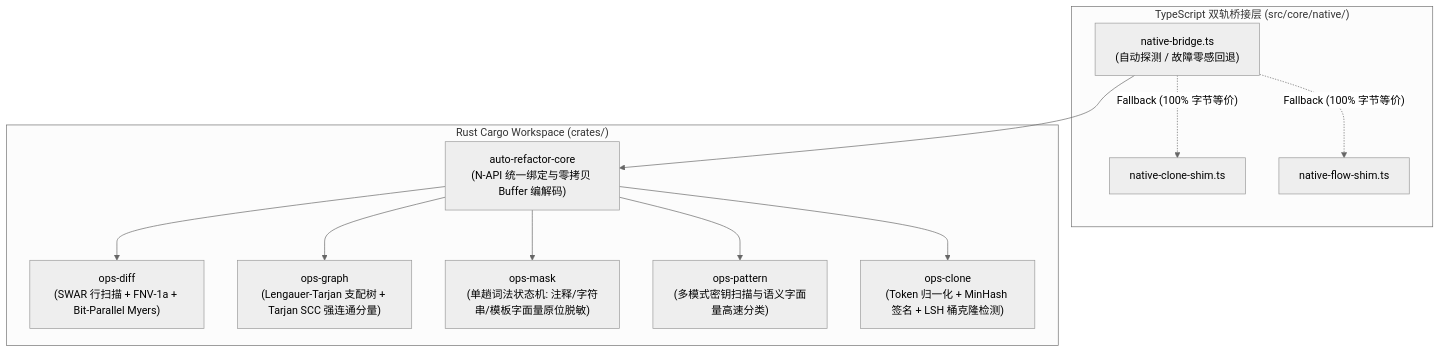
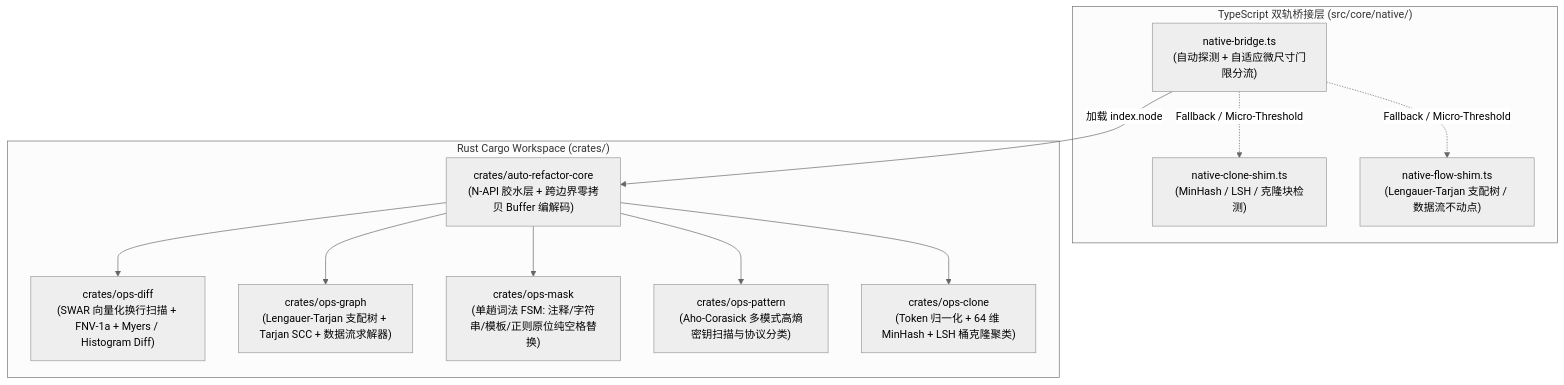
One commit to guilingzhouyi-creator/vscode-extensions changed the first of 3 diagrams in auto-refactor/docs/01-architecture/05-rust-native-operator-kernel.md. Above: the diagram before and after it, drawn with Mermaid (neutral theme). The commit also changed other lines of this file and 28 other files, not shown here.

First line of the commit message:
docs(architecture): 全量对齐系统架构与规则体系技术文档

````diff
--- a/auto-refactor/docs/01-architecture/05-rust-native-operator-kernel.md
+++ b/auto-refactor/docs/01-architecture/05-rust-native-operator-kernel.md
@@ -12,26 +12,26 @@
 ```mermaid
 flowchart TD
-    subgraph TS["TypeScript 双轨桥接层 (src/core/native/)"]
-        BRIDGE["native-bridge.ts<br/>(自动探测 / 故障零感回退)"]
-        CLONE_SHIM["native-clone-shim.ts"]
-        FLOW_SHIM["native-flow-shim.ts"]
-    end
+  subgraph TS["TypeScript 双轨桥接层 (src/core/native/)"]
+    BRIDGE["native-bridge.ts<br/>(自动探测 + 自适应微尺寸门限分流)"]
+    CLONE_SHIM["native-clone-shim.ts<br/>(MinHash / LSH / 克隆块检测)"]
+    FLOW_SHIM["native-flow-shim.ts<br/>(Lengauer-Tarjan 支配树 / 数据流不动点)"]
+  end
 
-    subgraph RUST["Rust Cargo Workspace (crates/)"]
-        CORE["auto-refactor-core<br/>(N-API 统一绑定与零拷贝 Buffer 编解码)"]
-        DIFF["ops-diff<br/>(SWAR 行扫描 + FNV-1a + Bit-Parallel Myers)"]
-        GRAPH["ops-graph<br/>(Lengauer-Tarjan 支配树 + Tarjan SCC 强连通分量)"]
-        MASK["ops-mask<br/>(单趟词法状态机: 注释/字符串/模板字面量原位脱敏)"]
-        PATTERN["ops-pattern<br/>(多模式密钥扫描与语义字面量高速分类)"]
-        CLONE["ops-clone<br/>(Token 归一化 + MinHash 签名 + LSH 桶克隆检测)"]
-    end
+  subgraph RUST["Rust Cargo Workspace (crates/)"]
+    CORE["crates/auto-refactor-core<br/>(N-API 胶水层 + 跨边界零拷贝 Buffer 编解码)"]
+    DIFF["crates/ops-diff<br/>(SWAR 向量化换行扫描 + FNV-1a + Myers / Histogram Diff)"]
+    GRAPH["crates/ops-graph<br/>(Lengauer-Tarjan 支配树 + Tarjan SCC + 数据流求解器)"]
+    MASK["crates/ops-mask<br/>(单趟词法 FSM: 注释/字符串/模板/正则原位纯空格替换)"]
+    PATTERN["crates/ops-pattern<br/>(Aho-Corasick 多模式高熵密钥扫描与协议分类)"]
+    CLONE["crates/ops-clone<br/>(Token 归一化 + 64 维 MinHash + LSH 桶克隆聚类)"]
+  end
 
-    BRIDGE --> CORE
-    BRIDGE -. "Fallback (100% 字节等价)" .-> CLONE_SHIM
-    BRIDGE -. "Fallback (100% 字节等价)" .-> FLOW_SHIM
-    CORE --> DIFF
-    CORE --> GRAPH
-    CORE --> MASK
-    CORE --> PATTERN
-    CORE --> CLONE
+  BRIDGE -->|"加载 index.node"| CORE
+  BRIDGE -. "Fallback / Micro-Threshold" .-> CLONE_SHIM
+  BRIDGE -. "Fallback / Micro-Threshold" .-> FLOW_SHIM
+  CORE --> DIFF
+  CORE --> GRAPH
+  CORE --> MASK
+  CORE --> PATTERN
+  CORE --> CLONE
 ```
````
